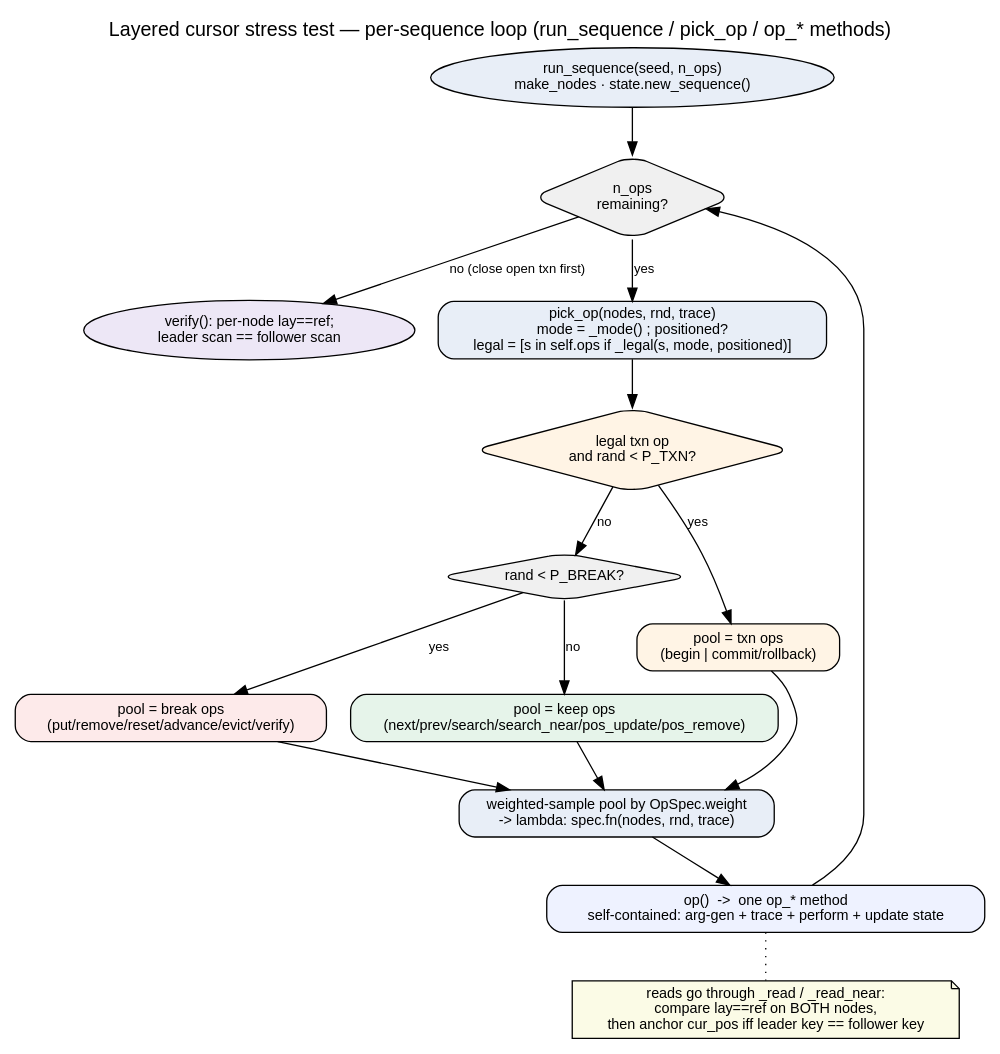
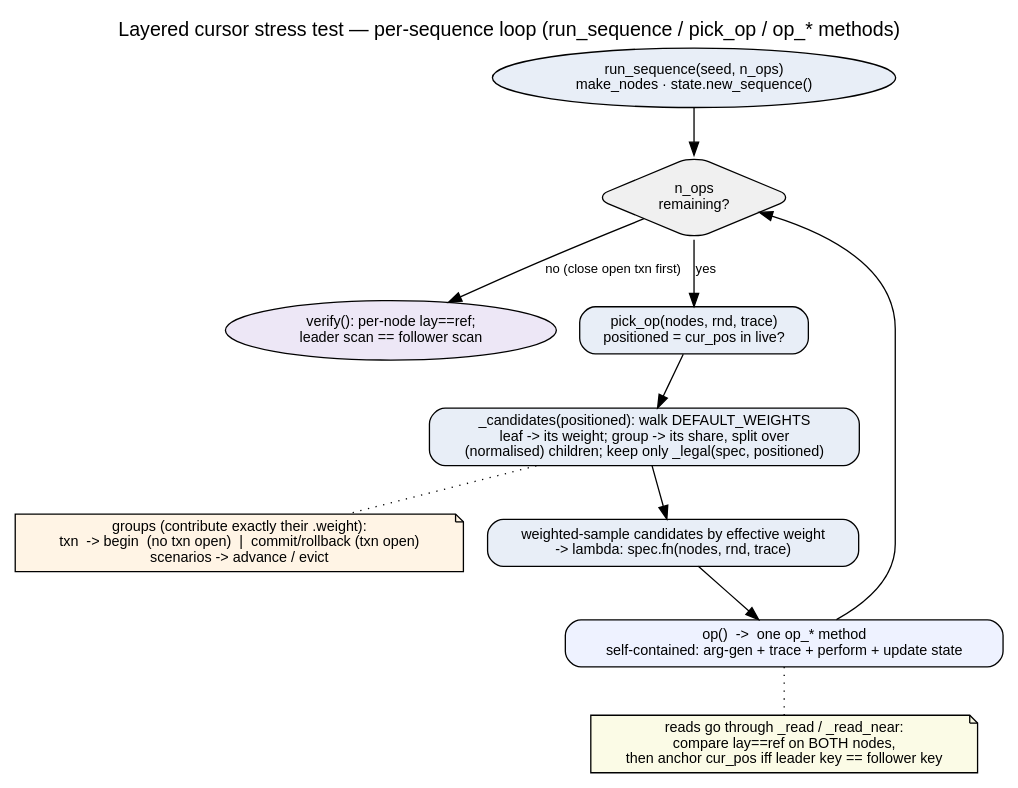
The diagram in layered_cursor_stress_test_oploop.dot (wiredtiger/wiredtiger), drawn with Graphviz before and after one commit. The commit also changed 4 other files, not shown here.

First line of the commit message:
Docs: sync architecture + diagram to structured weights; add TODO list

```diff
--- a/layered_cursor_stress_test_oploop.dot
+++ b/layered_cursor_stress_test_oploop.dot
@@ -1,44 +1,36 @@
 // Layered cursor stress test -- per-sequence operation loop (config-driven generation).
 // Render:  dot -Tsvg layered_cursor_stress_test_oploop.dot -o arch_oploop.svg
 digraph layered_cursor_stress_oploop {
   rankdir=TB;
   fontname="Helvetica"; labelloc=t; fontsize=15;
   label="Layered cursor stress test — per-sequence loop (run_sequence / pick_op / op_* methods)";
   node [fontname="Helvetica", fontsize=11, shape=box, style="rounded,filled", fillcolor="#ffffff"];
   edge [fontname="Helvetica", fontsize=10];
 
   start  [shape=oval, fillcolor="#e8eef7", label="run_sequence(seed, n_ops)\nmake_nodes · state.new_sequence()"];
   loop   [shape=diamond, fillcolor="#f0f0f0", label="n_ops\nremaining?"];
   verify [shape=oval, fillcolor="#ede7f6", label="verify(): per-node lay==ref;\nleader scan == follower scan"];
 
   // pick_op: the config-driven generator
-  mode   [fillcolor="#e8eef7", label="pick_op(nodes, rnd, trace)\nmode = _mode() ; positioned?\nlegal = [s in self.ops if _legal(s, mode, positioned)]"];
-  txnq   [shape=diamond, fillcolor="#fff4e5", label="legal txn op\nand rand < P_TXN?"];
-  brkq   [shape=diamond, fillcolor="#f0f0f0", label="rand < P_BREAK?"];
-  pooltxn [fillcolor="#fff4e5", label="pool = txn ops\n(begin | commit/rollback)"];
-  poolbrk [fillcolor="#fdeaea", label="pool = break ops\n(put/remove/reset/advance/evict/verify)"];
-  poolkeep[fillcolor="#e6f4ea", label="pool = keep ops\n(next/prev/search/search_near/pos_update/pos_remove)"];
-  sample [fillcolor="#e8eef7", label="weighted-sample pool by OpSpec.weight\n-> lambda: spec.fn(nodes, rnd, trace)"];
+  mode   [fillcolor="#e8eef7", label="pick_op(nodes, rnd, trace)\npositioned = cur_pos in live?"];
+  cand   [fillcolor="#e8eef7", label="_candidates(positioned): walk DEFAULT_WEIGHTS\nleaf -> its weight; group -> its share, split over\n(normalised) children; keep only _legal(spec, positioned)"];
+  grp    [shape=note, fillcolor="#fff4e5", label="groups (contribute exactly their .weight):\n txn  -> begin  (no txn open)  |  commit/rollback (txn open)\n scenarios -> advance / evict"];
+  sample [fillcolor="#e8eef7", label="weighted-sample candidates by effective weight\n-> lambda: spec.fn(nodes, rnd, trace)"];
 
   // the callable runs one op_* method (which updates self.state)
   run    [fillcolor="#eef2ff", label="op()  ->  one op_* method\nself-contained: arg-gen + trace + perform + update state"];
 
   start -> loop;
   loop  -> mode   [label="yes"];
   loop  -> verify [label="no (close open txn first)"];
 
-  mode -> txnq;
-  txnq -> pooltxn [label="yes"];
-  txnq -> brkq    [label="no"];
-  brkq -> poolbrk [label="yes"];
-  brkq -> poolkeep[label="no"];
-  pooltxn  -> sample;
-  poolbrk  -> sample;
-  poolkeep -> sample;
+  mode -> cand;
+  cand -> grp [style=dotted, arrowhead=none];
+  cand -> sample;
   sample -> run;
   run    -> loop;
 
   // note on the oracle
   note [shape=note, fillcolor="#fbfbe6", label="reads go through _read / _read_near:\ncompare lay==ref on BOTH nodes,\nthen anchor cur_pos iff leader key == follower key"];
   run -> note [style=dotted, arrowhead=none];
 }
```
